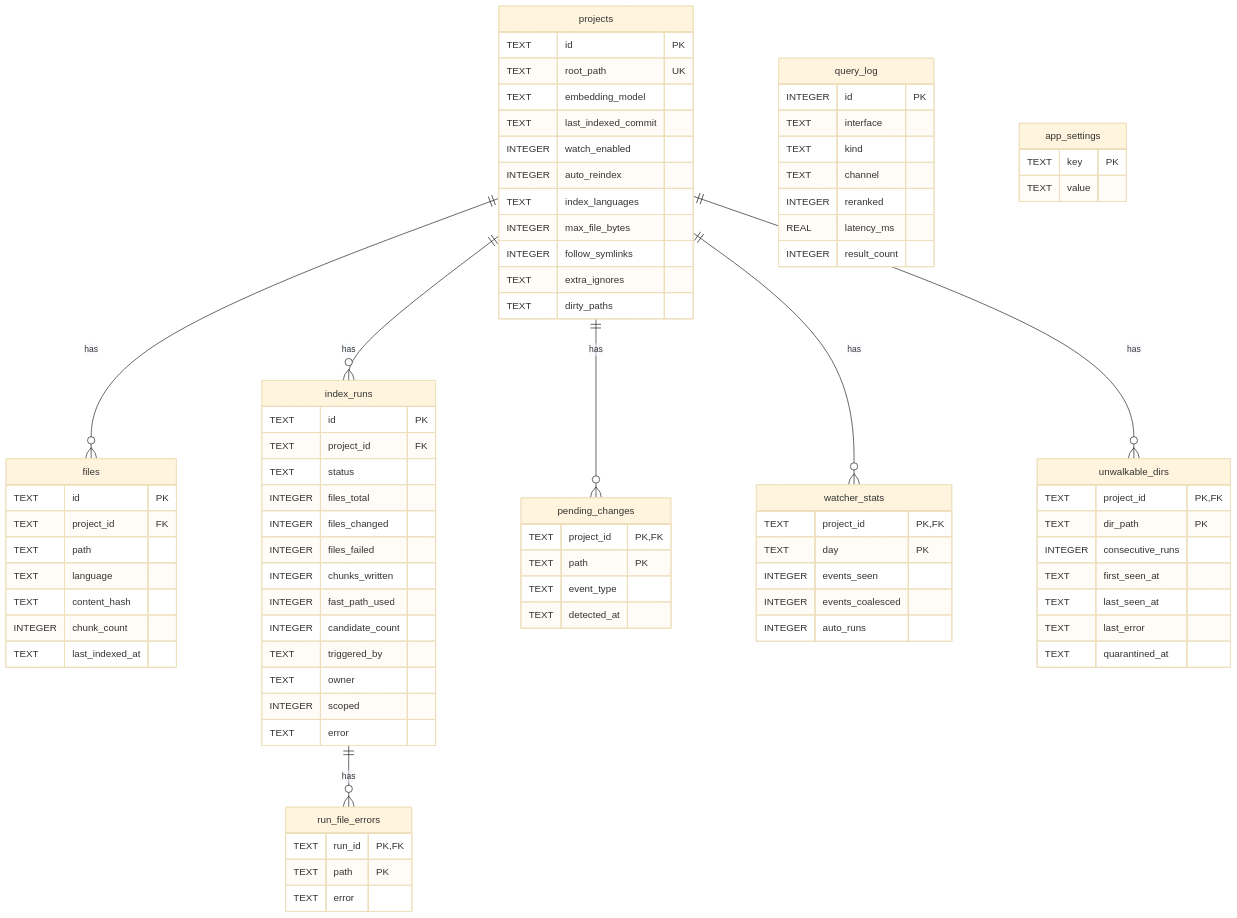
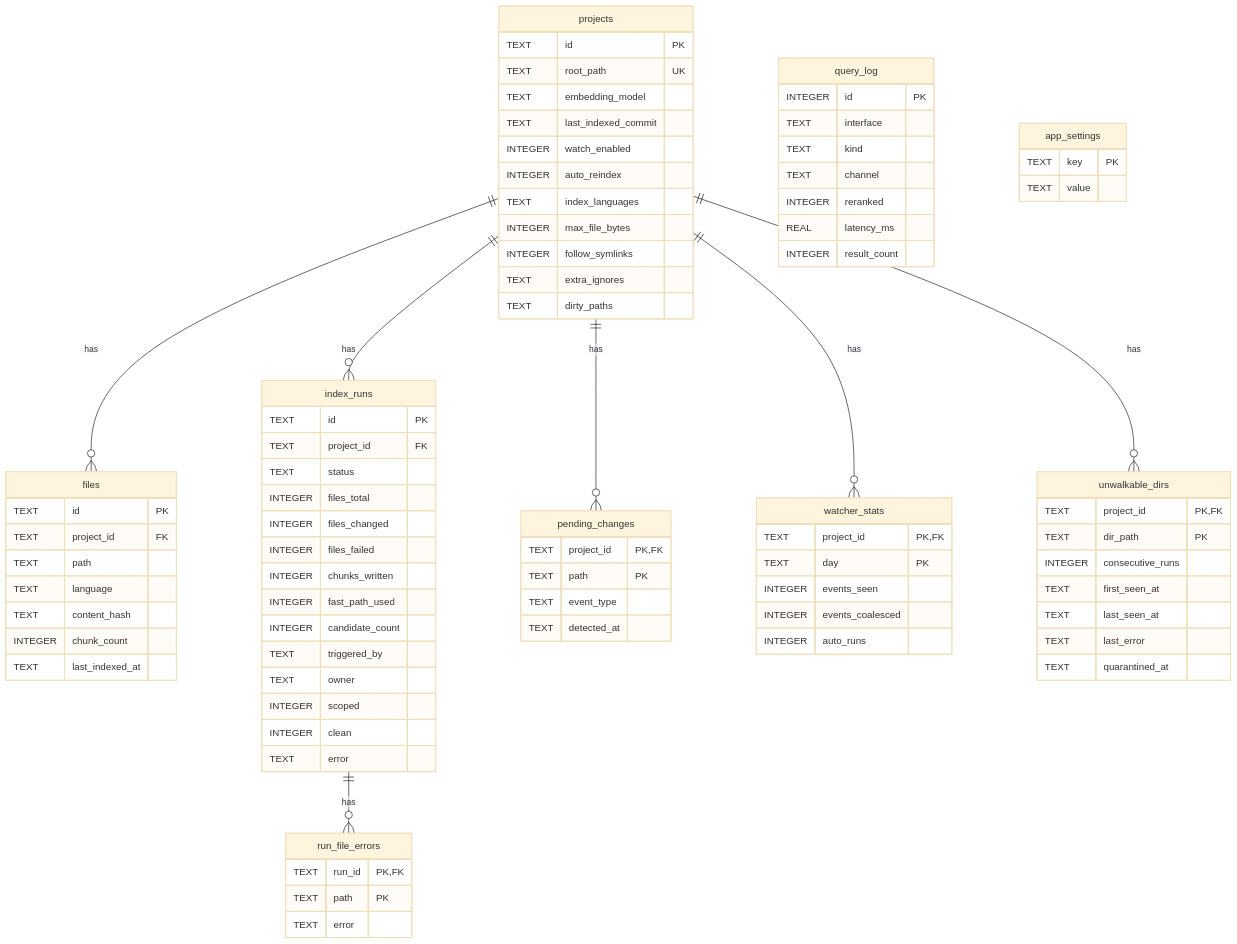
Before and after one commit to behl1anmol/Noesis: the diagram in docs/internals/sqlite-schema.md, drawn with Mermaid (base theme). The commit also changed other lines of this file and 6 other files, not shown here.

```diff
--- a/docs/internals/sqlite-schema.md
+++ b/docs/internals/sqlite-schema.md
@@ -57,6 +57,7 @@
         TEXT triggered_by
         TEXT owner
         INTEGER scoped
+        INTEGER clean
         TEXT error
     }
     pending_changes {
```
